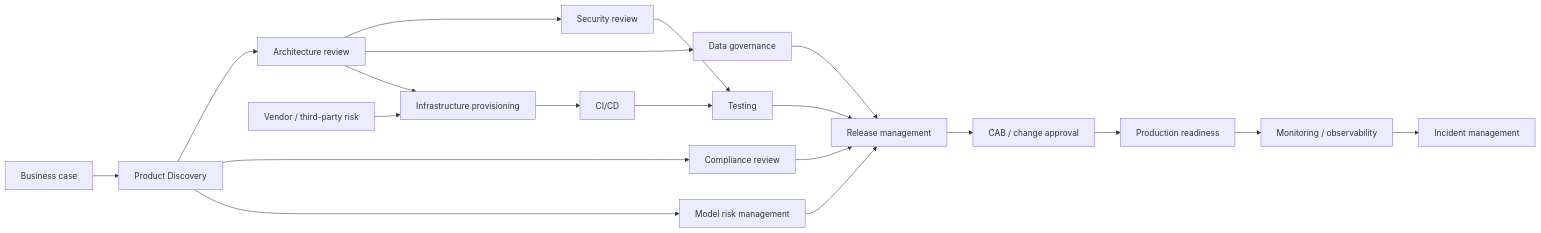
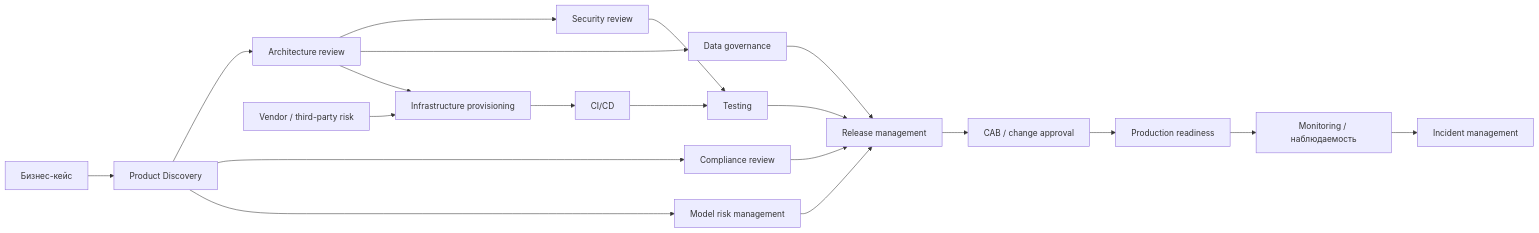
One commit to RussianLioN/datacanvas changed the third of 4 diagrams in docs/process/methodology/ai-enabled-software-development-process-research.md. Above: the diagram before and after it, drawn with Mermaid. The commit also changed other lines of this file and 10 other files, not shown here.

````diff
--- a/docs/process/methodology/ai-enabled-software-development-process-research.md
+++ b/docs/process/methodology/ai-enabled-software-development-process-research.md
@@ -153,33 +159,33 @@
 ```mermaid
 flowchart LR
-    BC[Business case]
+    BC[Бизнес-кейс]
     PD[Product Discovery]
     AR[Architecture review]
     SR[Security review]
     CR[Compliance review]
     DG[Data governance]
     MR[Model risk management]
     VR[Vendor / third-party risk]
     INF[Infrastructure provisioning]
     CICD[CI/CD]
     TEST[Testing]
     REL[Release management]
     CAB[CAB / change approval]
     PRR[Production readiness]
     IM[Incident management]
-    OBS[Monitoring / observability]
+    OBS[Monitoring / наблюдаемость]
 
     BC --> PD --> AR
     AR --> SR
     AR --> DG
     AR --> INF
     PD --> CR
     PD --> MR
     VR --> INF
     INF --> CICD --> TEST --> REL
     SR --> TEST
     CR --> REL
     DG --> REL
     MR --> REL
     REL --> CAB --> PRR --> OBS --> IM
 ```
````
